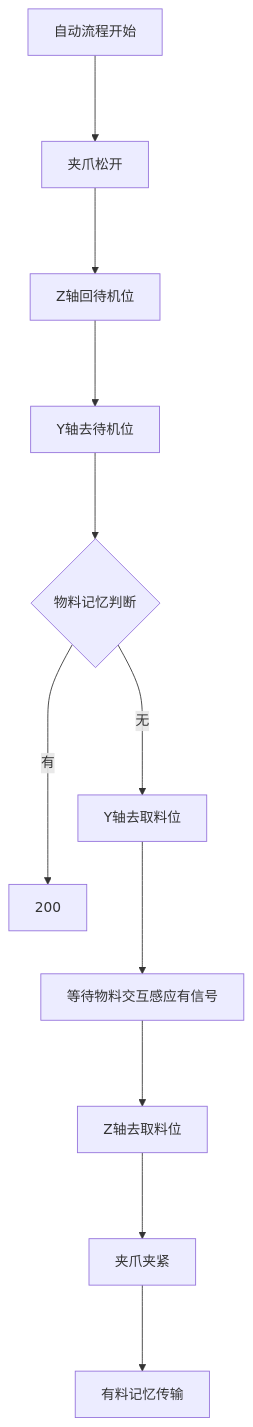
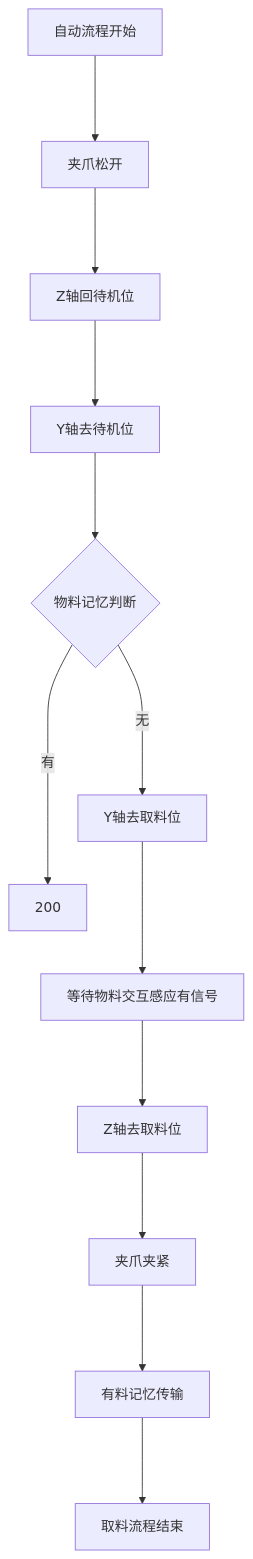
Before and after one commit to zmq000/iodraw-files: the diagram in all/OP80回流.md, drawn with Mermaid.

Commit message:
2026-06-17 19:38:24 update

````diff
--- a/all/OP80回流.md
+++ b/all/OP80回流.md
@@ -1,14 +1,15 @@
 ```mermaid
 graph TD
 自动流程开始--->10
 10[夹爪松开]--->20
 20[Z轴回待机位]--->30
 30[Y轴去待机位]--->40
 40{物料记忆判断}--->|无|100
 40---->|有|200
 100[Y轴去取料位]--->110
 110[等待物料交互感应有信号]--->120
 120[Z轴去取料位]--->130
 130[夹爪夹紧]--->140
-140[有料记忆传输]
+140[有料记忆传输]--->150
+150[取料流程结束]
 ```
````
